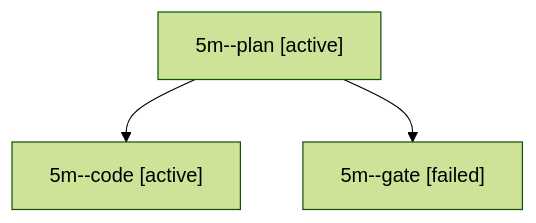
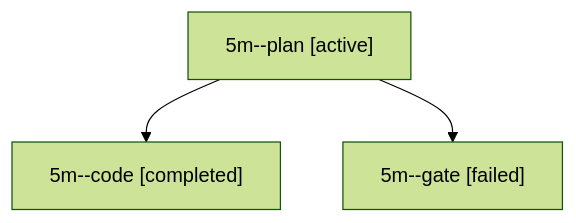
Before and after one commit to bobs-org/bob-cli--agents: the diagram in sessions/bbugyi200.apollo.5m.md, drawn with Mermaid (forest theme). The commit also changed other lines of this file and 13 other files, not shown here.

````diff
--- a/sessions/bbugyi200.apollo.5m.md
+++ b/sessions/bbugyi200.apollo.5m.md
@@ -9,8 +9,8 @@
 ```mermaid
 flowchart TD
   n0["5m--plan [active]"]
-  n1["5m--code [active]"]
+  n1["5m--code [completed]"]
   n0 --> n1
   n2["5m--gate [failed]"]
   n0 --> n2
 ```
````
